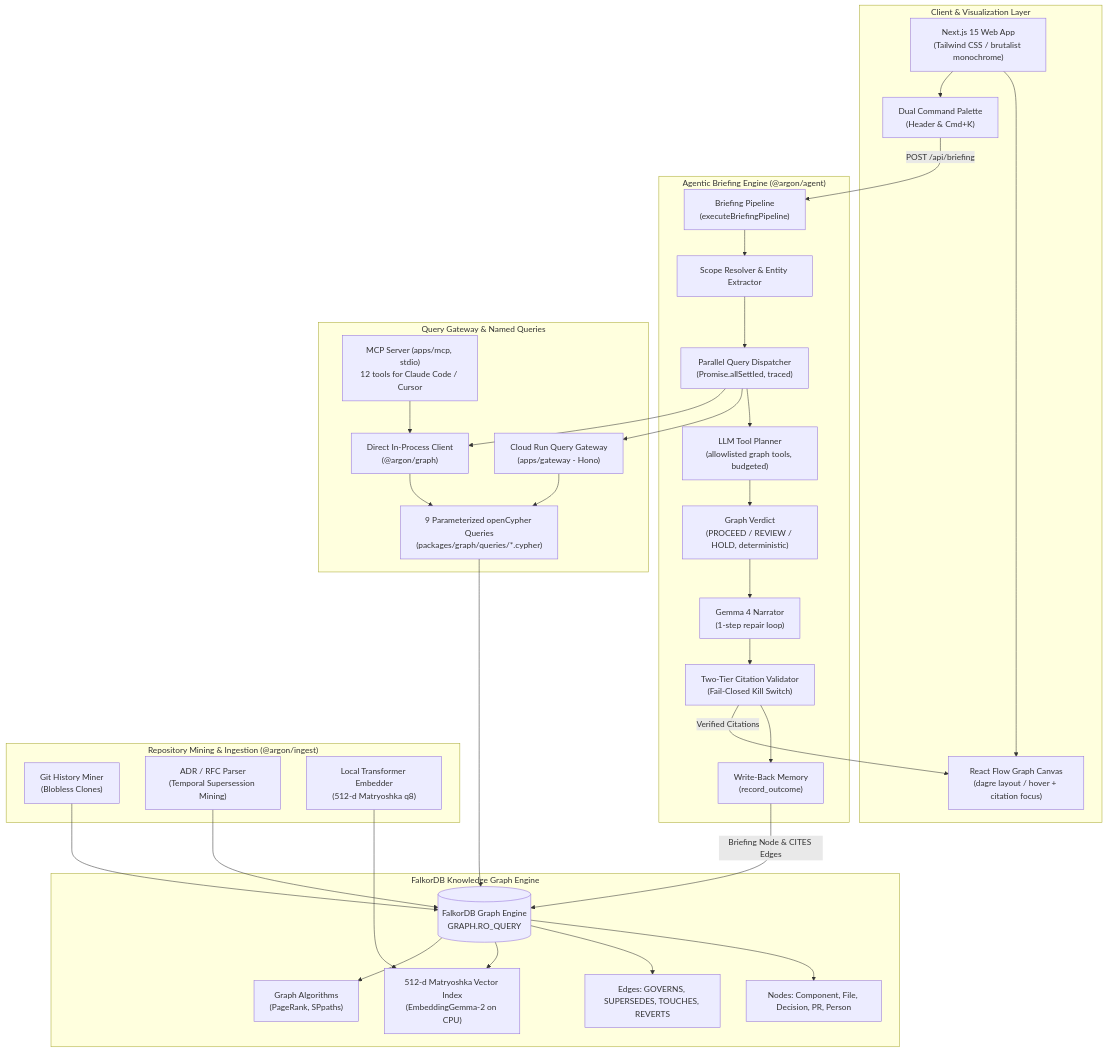
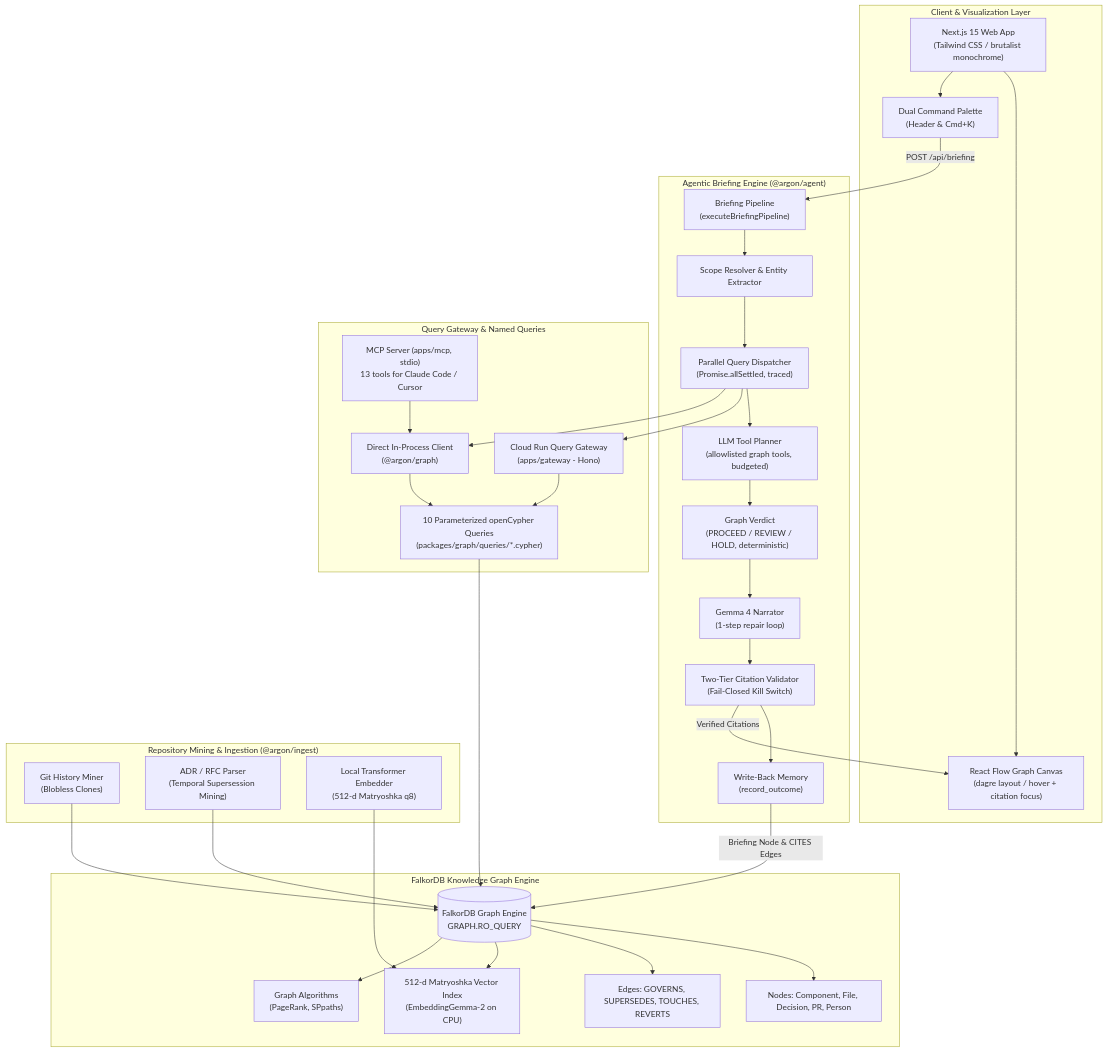
The first of 2 diagrams in README.md (Zephyrxx0/argon), drawn with Mermaid before and after one commit. The commit also changed other lines of this file and 2 other files, not shown here.

Commit message:
docs: update README, TODO roadmap, and lockfile

````diff
--- a/README.md
+++ b/README.md
@@ -32,69 +32,69 @@
 ```mermaid
 flowchart TD
     subgraph ClientLayer ["Client & Visualization Layer"]
         Web["Next.js 15 Web App<br/>(Tailwind CSS / brutalist monochrome)"]
         Canvas["React Flow Graph Canvas<br/>(dagre layout / hover + citation focus)"]
         CmdK["Dual Command Palette<br/>(Header & Cmd+K)"]
         Web --> Canvas
         Web --> CmdK
     end
 
     subgraph AgentLayer ["Agentic Briefing Engine (@argon/agent)"]
         Pipeline["Briefing Pipeline<br/>(executeBriefingPipeline)"]
         Resolver["Scope Resolver & Entity Extractor"]
         Dispatcher["Parallel Query Dispatcher<br/>(Promise.allSettled, traced)"]
         Planner["LLM Tool Planner<br/>(allowlisted graph tools, budgeted)"]
         Verdict["Graph Verdict<br/>(PROCEED / REVIEW / HOLD, deterministic)"]
         Narrator["Gemma 4 Narrator<br/>(1-step repair loop)"]
         Validator["Two-Tier Citation Validator<br/>(Fail-Closed Kill Switch)"]
         Memory["Write-Back Memory<br/>(record_outcome)"]
 
         Pipeline --> Resolver
         Resolver --> Dispatcher
         Dispatcher --> Planner
         Planner --> Verdict
         Verdict --> Narrator
         Narrator --> Validator
         Validator --> Memory
     end
 
     subgraph GatewayLayer ["Query Gateway & Named Queries"]
         Gateway["Cloud Run Query Gateway<br/>(apps/gateway - Hono)"]
         Direct["Direct In-Process Client<br/>(@argon/graph)"]
-        MCP["MCP Server (apps/mcp, stdio)<br/>12 tools for Claude Code / Cursor"]
-        Queries["9 Parameterized openCypher Queries<br/>(packages/graph/queries/*.cypher)"]
+        MCP["MCP Server (apps/mcp, stdio)<br/>13 tools for Claude Code / Cursor"]
+        Queries["10 Parameterized openCypher Queries<br/>(packages/graph/queries/*.cypher)"]
         Gateway --> Queries
         Direct --> Queries
         MCP --> Direct
     end
 
     subgraph FalkorLayer ["FalkorDB Knowledge Graph Engine"]
         Falkor[("FalkorDB Graph Engine<br/>GRAPH.RO_QUERY")]
         GraphNodes["Nodes: Component, File, Decision, PR, Person"]
         GraphEdges["Edges: GOVERNS, SUPERSEDES, TOUCHES, REVERTS"]
         VectorIdx["512-d Matryoshka Vector Index<br/>(EmbeddingGemma-2 on CPU)"]
         Algo["Graph Algorithms<br/>(PageRank, SPpaths)"]
         
         Falkor --> GraphNodes
         Falkor --> GraphEdges
         Falkor --> VectorIdx
         Falkor --> Algo
     end
 
     subgraph IngestLayer ["Repository Mining & Ingestion (@argon/ingest)"]
         GitMiner["Git History Miner<br/>(Blobless Clones)"]
         ADRMiner["ADR / RFC Parser<br/>(Temporal Supersession Mining)"]
         Embedder["Local Transformer Embedder<br/>(512-d Matryoshka q8)"]
         
         GitMiner --> Falkor
         ADRMiner --> Falkor
         Embedder --> VectorIdx
     end
 
     CmdK -->|POST /api/briefing| Pipeline
     Dispatcher --> Gateway
     Dispatcher --> Direct
     Queries --> Falkor
     Validator -->|Verified Citations| Canvas
     Memory -->|Briefing Node & CITES Edges| Falkor
 ```
````
